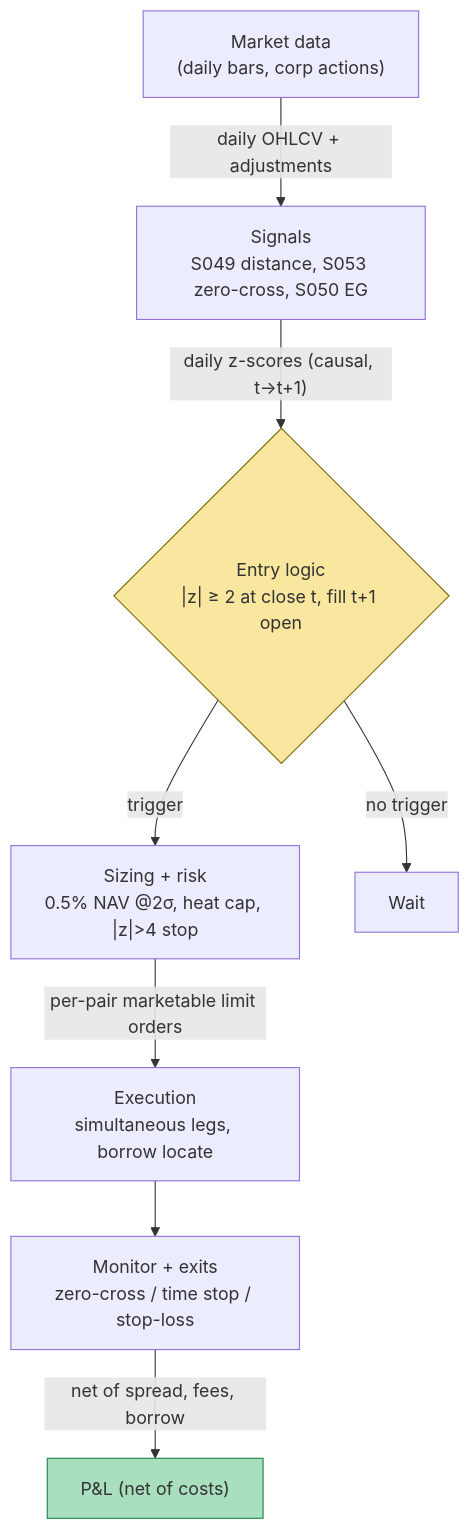
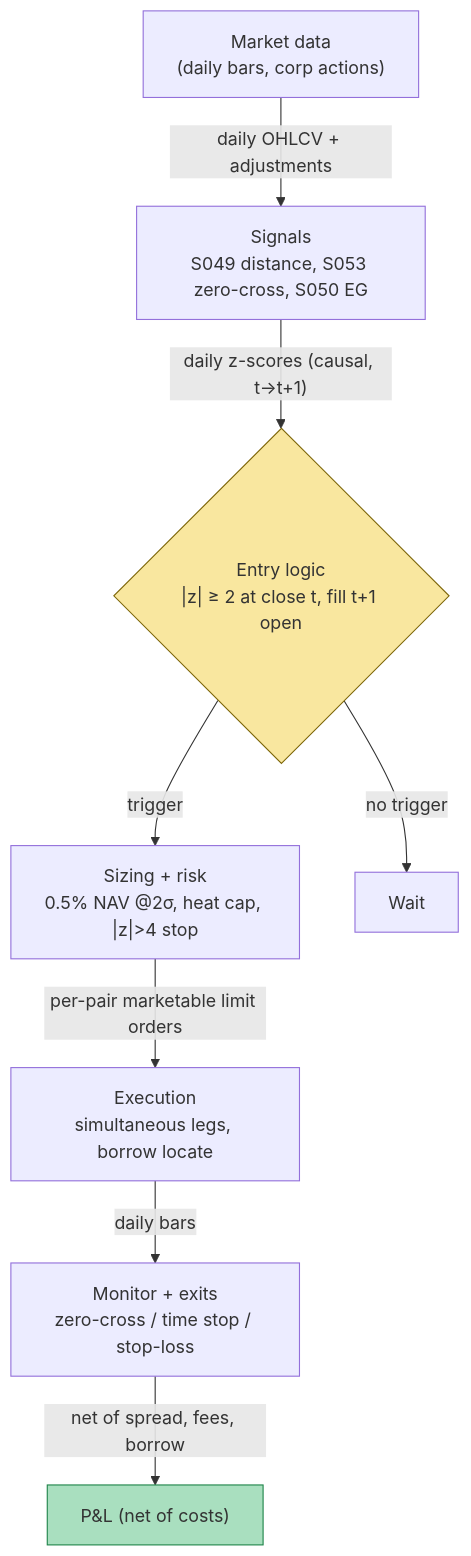
Before and after one commit to praveenguptahcl/quant-signals-deep: the diagram in batches/TB4/T031.md, drawn with Mermaid. The commit also changed other lines of this file and 40 other files, not shown here.

````diff
--- a/batches/TB4/T031.md
+++ b/batches/TB4/T031.md
@@ -157,12 +156,12 @@
 ```mermaid
 flowchart TD
     DATA["Market data\n(daily bars, corp actions)"] -->|"daily OHLCV + adjustments"| SIGS["Signals\nS049 distance, S053 zero-cross, S050 EG"]
     SIGS -->|"daily z-scores (causal, t→t+1)"| ENTRY{"Entry logic\n|z| ≥ 2 at close t, fill t+1 open"}
     ENTRY -->|trigger| SIZE["Sizing + risk\n0.5% NAV @2σ, heat cap, |z|>4 stop"]
     ENTRY -->|no trigger| WAIT["Wait"]
     SIZE -->|"per-pair marketable limit orders"| EXEC["Execution\nsimultaneous legs, borrow locate"]
-    EXEC --> MON["Monitor + exits\nzero-cross / time stop / stop-loss"]
+    EXEC -->|"daily bars"| MON["Monitor + exits\nzero-cross / time stop / stop-loss"]
     MON -->|"net of spread, fees, borrow"| PNL["P&L (net of costs)"]
     style ENTRY fill:#f9e79f,stroke:#7d6608
     style PNL fill:#a9dfbf,stroke:#1e8449
 ```
````
